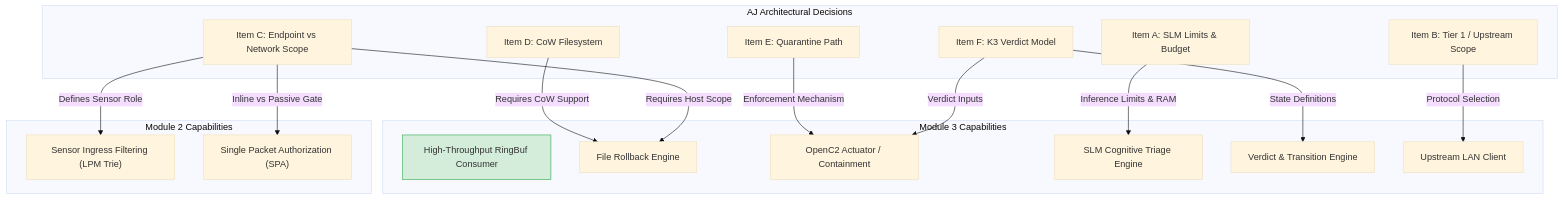
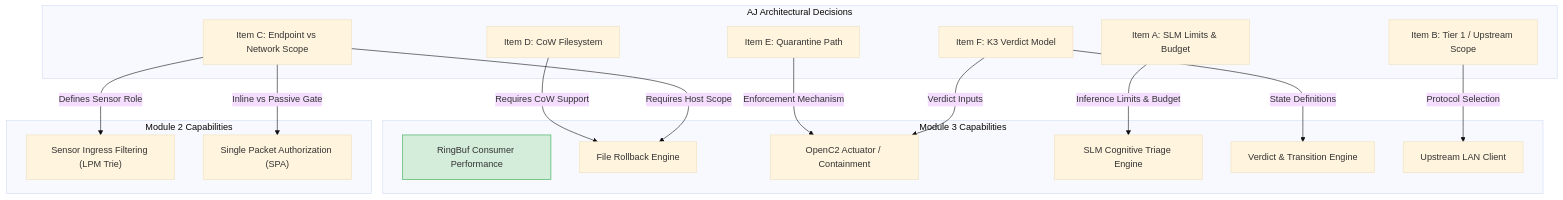
Before and after one commit to ajeswint/strix-halo-johnny: the second of 2 diagrams in docs/architecture/architecture-pass.md, drawn with Mermaid (base theme). The commit also changed other lines of this file and 3 other files, not shown here.

Commit message:
Architecture pass rev 2: review 1 fixes (B1-B7, N1-N7)

````diff
--- a/docs/architecture/architecture-pass.md
+++ b/docs/architecture/architecture-pass.md
@@ -263,38 +270,38 @@
 ```mermaid
 flowchart TD
     subgraph Decisions["AJ Architectural Decisions"]
         A["Item A: SLM Limits & Budget"]
         B["Item B: Tier 1 / Upstream Scope"]
         C["Item C: Endpoint vs Network Scope"]
         D["Item D: CoW Filesystem"]
         E["Item E: Quarantine Path"]
         F["Item F: K3 Verdict Model"]
     end
 
     subgraph Mod2["Module 2 Capabilities"]
         M2_Filter["Sensor Ingress Filtering (LPM Trie)"]
         M2_SPA["Single Packet Authorization (SPA)"]
     end
 
     subgraph Mod3["Module 3 Capabilities"]
-        M3_Reader["High-Throughput RingBuf Consumer"]
+        M3_Reader["RingBuf Consumer Performance"]
         M3_Rollback["File Rollback Engine"]
         M3_C2["OpenC2 Actuator / Containment"]
         M3_SLM["SLM Cognitive Triage Engine"]
         M3_Verdict["Verdict & Transition Engine"]
         M3_Upstream["Upstream LAN Client"]
     end
 
     C -->|Defines Sensor Role| M2_Filter
     C -->|Inline vs Passive Gate| M2_SPA
     C -->|Requires Host Scope| M3_Rollback
     D -->|Requires CoW Support| M3_Rollback
 
-    A -->|Inference Limits & RAM| M3_SLM
+    A -->|Inference Limits & Budget| M3_SLM
     F -->|State Definitions| M3_Verdict
     F -->|Verdict Inputs| M3_C2
     E -->|Enforcement Mechanism| M3_C2
     B -->|Protocol Selection| M3_Upstream
 
     style M3_Reader fill:#d4edda,stroke:#28a745
 ```
````
